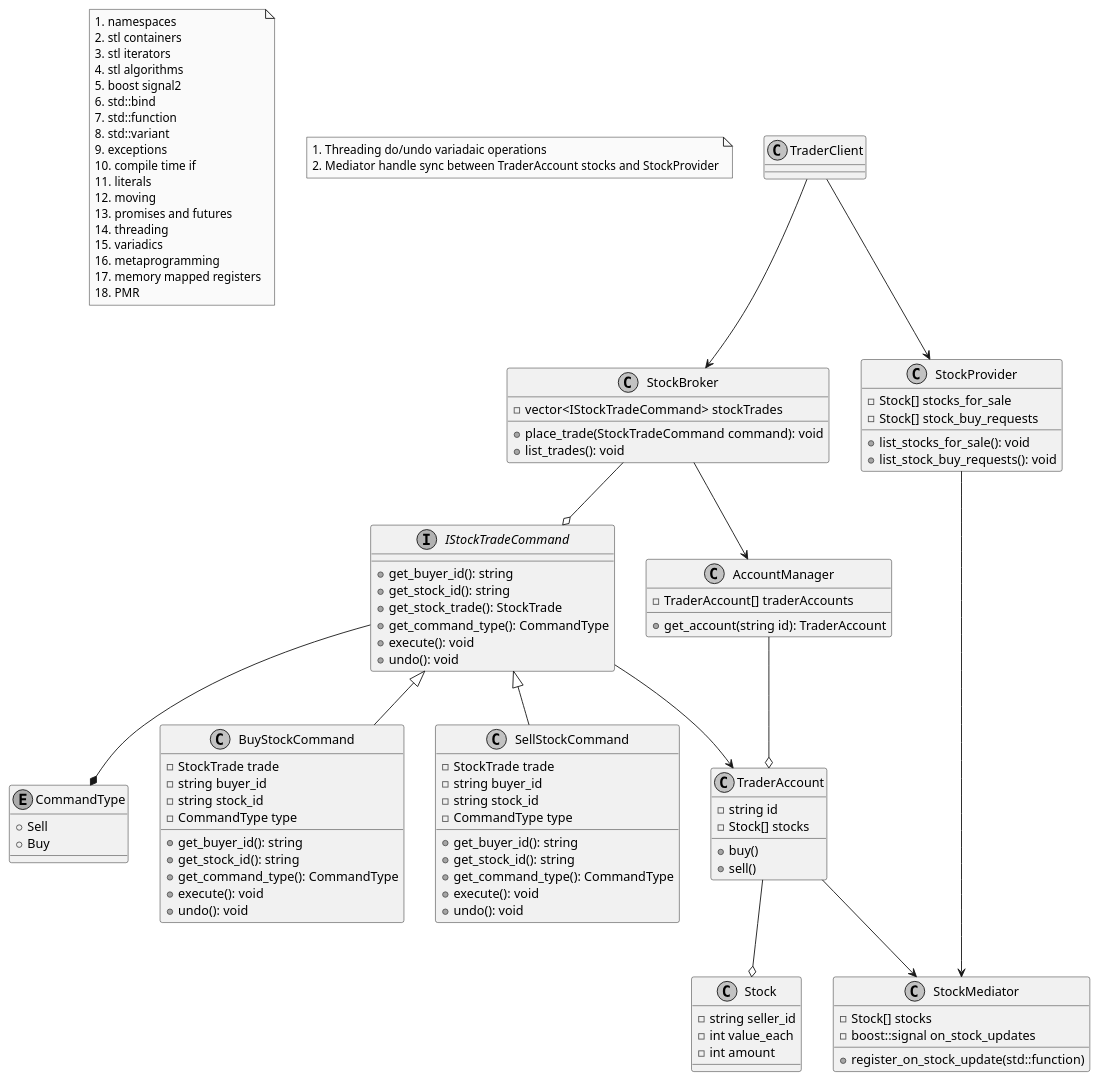
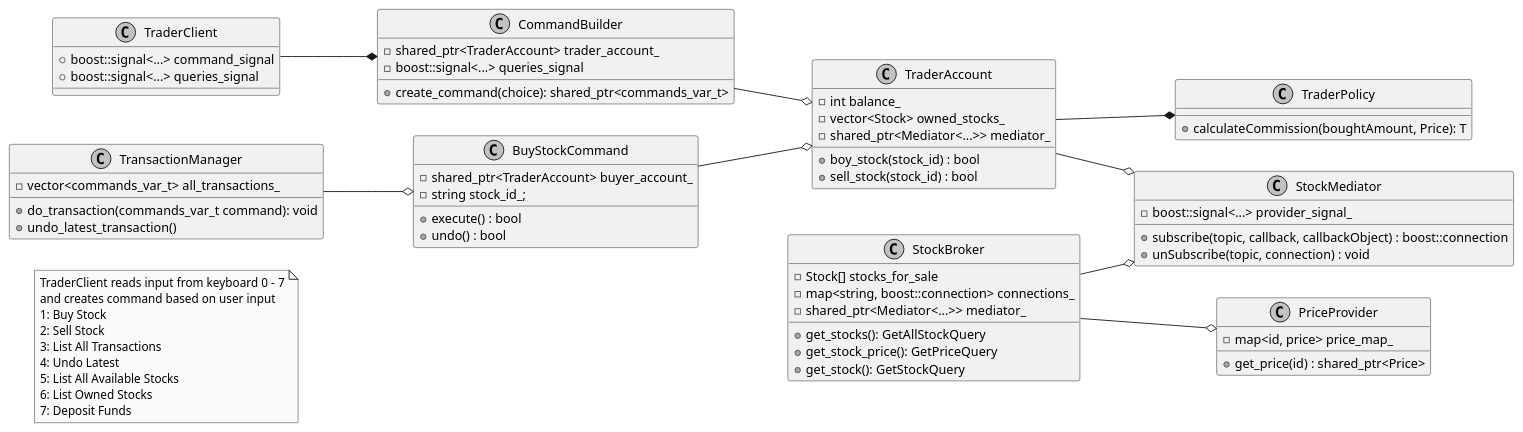
The diagram in stock-market.pu (MarcusGasberg/apk_stock_market), drawn with PlantUML before and after one commit. The commit also changed 5 other files, not shown here.

Commit message:
Updated diagrams

```diff
--- a/stock-market.pu
+++ b/stock-market.pu
@@ -1,127 +1,82 @@
-@startuml StockMarket Class Diagram
+@startuml StockMarketClassDiagrak
 skinparam Monochrome true
 skinparam Shadowing false
-
-note as N1
-  # namespaces
-  # stl containers
-  # stl iterators
-  # stl algorithms
-  # boost signal2
-  # std::bind
-  # std::function
-  # std::variant
-  # exceptions
-  # compile time if
-  # literals
-  # moving
-  # promises and futures
-  # threading
-  # variadics
-  # metaprogramming
-  # memory mapped registers
-  # PMR
-end note
-
+left to right direction
 
 note as N2
-  # Threading do/undo variadaic operations
-  # Mediator handle sync between TraderAccount stocks and StockProvider
+  TraderClient reads input from keyboard 0 - 7
+  and creates command based on user input 
+  1: Buy Stock
+  2: Sell Stock
+  3: List All Transactions 
+  4: Undo Latest 
+  5: List All Available Stocks 
+  6: List Owned Stocks 
+  7: Deposit Funds 
 end note
 
 class TraderClient {
+  + boost::signal<...> command_signal 
+  + boost::signal<...> queries_signal
+}
 
+class TransactionManager {
+  - vector<commands_var_t> all_transactions_
+  + do_transaction(commands_var_t command): void
+  + undo_latest_transaction()
+} 
+
+class PriceProvider {
+  - map<id, price> price_map_ 
+  + get_price(id) : shared_ptr<Price>
+}
+
+class BuyStockCommand {
+  - shared_ptr<TraderAccount> buyer_account_ 
+  - string stock_id_; 
+  + execute() : bool
+  + undo() : bool
 }
 
 class StockBroker {
-  - vector<IStockTradeCommand> stockTrades
-  + place_trade(StockTradeCommand command): void
-  + list_trades(): void
-} 
-
-interface IStockTradeCommand {
-  + get_buyer_id(): string
-  + get_stock_id(): string
-  + get_stock_trade(): StockTrade
-  + get_command_type(): CommandType
-  + execute(): void
-  + undo(): void
-}
-
-enum CommandType {
-  + Sell
-  + Buy
-}
-
-class BuyStockCommand {
-  - StockTrade trade
-  - string buyer_id
-  - string stock_id
-  - CommandType type
-  + get_buyer_id(): string
-  + get_stock_id(): string
-  + get_command_type(): CommandType
-  + execute(): void
-  + undo(): void
-}
-
-class SellStockCommand {
-  - StockTrade trade
-  - string buyer_id
-  - string stock_id
-  - CommandType type
-  + get_buyer_id(): string
-  + get_stock_id(): string
-  + get_command_type(): CommandType
-  + execute(): void
-  + undo(): void
-}
-
-class StockProvider {
   - Stock[] stocks_for_sale
-  - Stock[] stock_buy_requests
-  + list_stocks_for_sale(): void
-  + list_stock_buy_requests(): void
+  - map<string, boost::connection> connections_
+  - shared_ptr<Mediator<...>> mediator_
+  + get_stocks(): GetAllStockQuery
+  + get_stock_price(): GetPriceQuery 
+  + get_stock(): GetStockQuery  
 }
 
 class StockMediator {
-  - Stock[] stocks
-  - boost::signal on_stock_updates
-  + register_on_stock_update(std::function)
+  - boost::signal<...> provider_signal_ 
+  + subscribe(topic, callback, callbackObject) : boost::connection
+  + unSubscribe(topic, connection) : void 
 }
 
-class AccountManager {
-  - TraderAccount[] traderAccounts
-  + get_account(string id): TraderAccount
+class CommandBuilder {
+  - shared_ptr<TraderAccount> trader_account_ 
+  - boost::signal<...> queries_signal 
+  + create_command(choice): shared_ptr<commands_var_t> 
 }
 
 class TraderAccount {
-  - string id
-  - Stock[] stocks
-  + buy()
-  + sell()
+  - int balance_ 
+  - vector<Stock> owned_stocks_ 
+  - shared_ptr<Mediator<...>> mediator_ 
+  + boy_stock(stock_id) : bool 
+  + sell_stock(stock_id) : bool 
 }
 
-class Stock {
-  - string seller_id
-  - int value_each
-  - int amount
+class TraderPolicy {
+  + calculateCommission(boughtAmount, Price): T 
 }
 
-IStockTradeCommand --* CommandType
-IStockTradeCommand <|-- BuyStockCommand
-IStockTradeCommand <|-- SellStockCommand
-IStockTradeCommand --> TraderAccount
-
-StockBroker --o IStockTradeCommand
-TraderClient --> StockBroker
-
-TraderClient --> StockProvider
-StockProvider --> StockMediator
-
-AccountManager --o TraderAccount
-TraderAccount --o Stock
-StockBroker --> AccountManager
-TraderAccount --> StockMediator
-
+TraderClient --* CommandBuilder
+CommandBuilder --o TraderAccount
+TraderAccount --o StockMediator 
+TraderAccount --* TraderPolicy
+StockBroker --o StockMediator
+BuyStockCommand --o TraderAccount
+StockBroker --o PriceProvider
+TransactionManager --o BuyStockCommand
 @enduml
```
